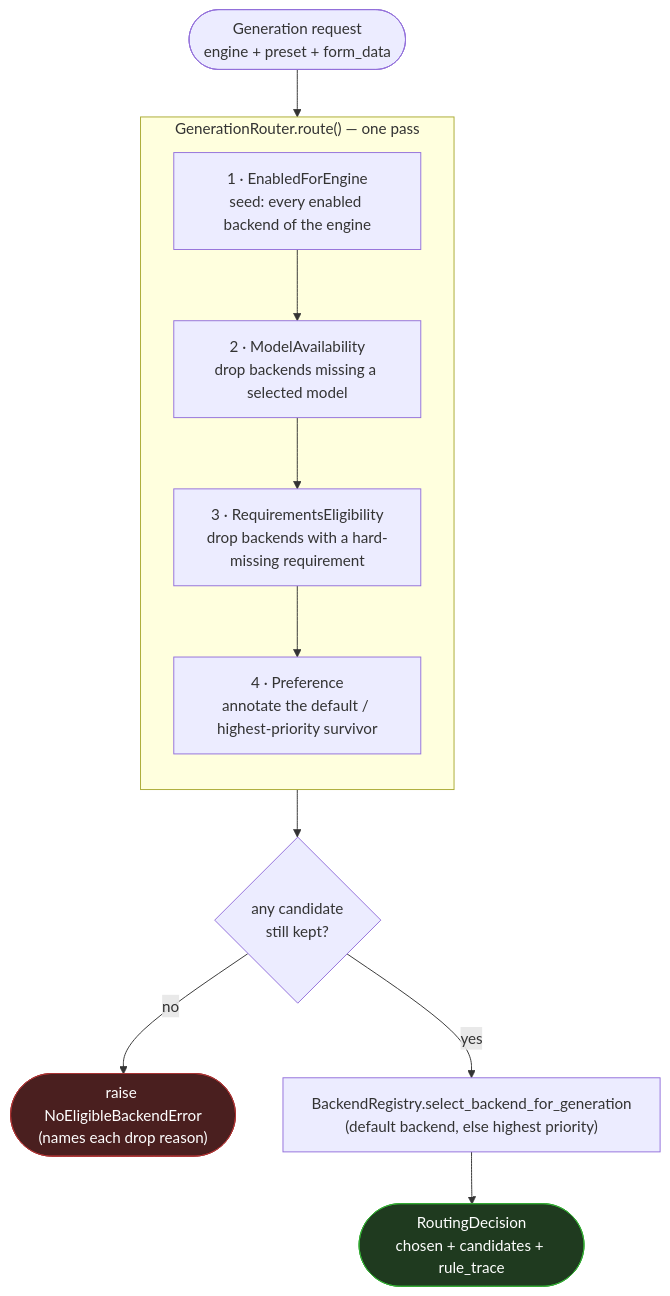
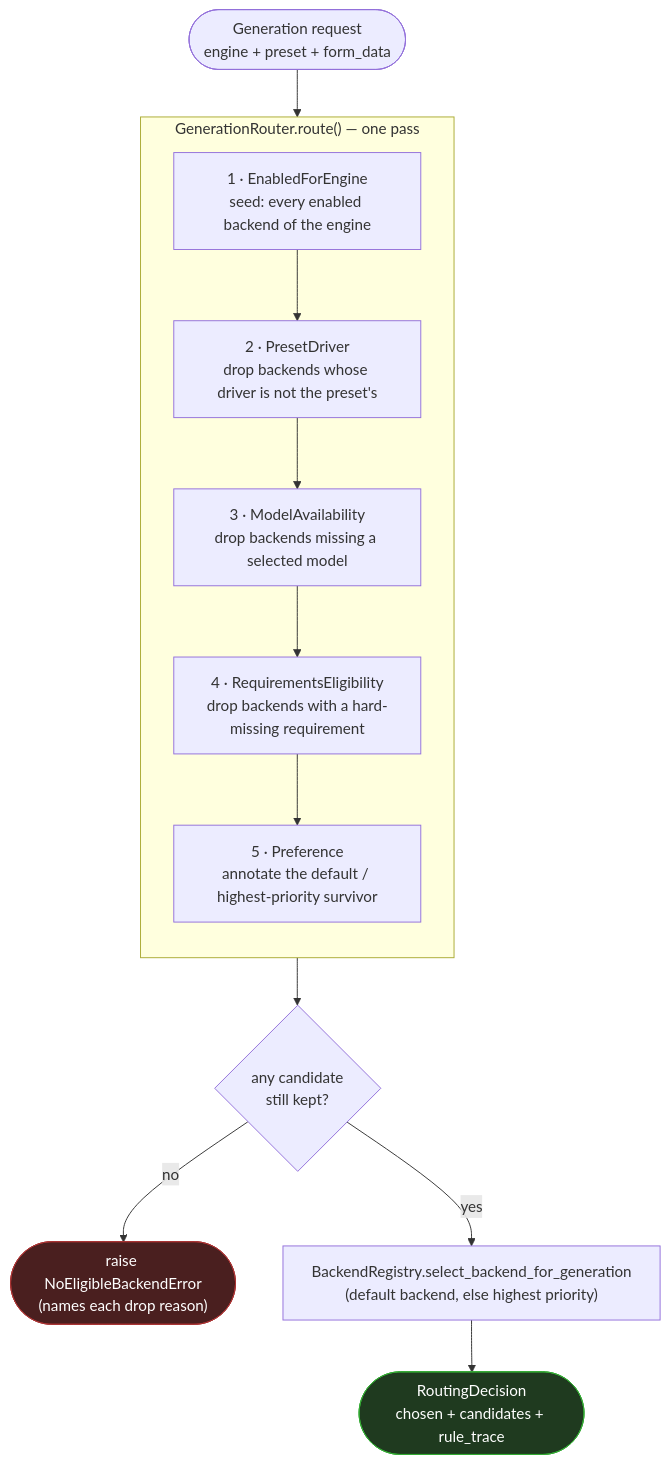
One commit to PotionUI/PotionUI changed the first of 2 diagrams in docs/generation-routing.md. Above: the diagram before and after it, drawn with Mermaid. The commit also changed other lines of this file and 24 other files, not shown here.

````diff
--- a/docs/generation-routing.md
+++ b/docs/generation-routing.md
@@ -28,21 +28,22 @@
 ```mermaid
 flowchart TD
     Start(["Generation request\nengine + preset + form_data"]) --> Seed
 
     subgraph Chain["GenerationRouter.route() — one pass"]
         direction TB
         Seed["1 · EnabledForEngine\nseed: every enabled backend of the engine"]
-        Avail["2 · ModelAvailability\ndrop backends missing a selected model"]
-        Req["3 · RequirementsEligibility\ndrop backends with a hard-missing requirement"]
-        Pref["4 · Preference\nannotate the default / highest-priority survivor"]
-        Seed --> Avail --> Req --> Pref
+        Drv["2 · PresetDriver\ndrop backends whose driver is not the preset's"]
+        Avail["3 · ModelAvailability\ndrop backends missing a selected model"]
+        Req["4 · RequirementsEligibility\ndrop backends with a hard-missing requirement"]
+        Pref["5 · Preference\nannotate the default / highest-priority survivor"]
+        Seed --> Drv --> Avail --> Req --> Pref
     end
 
     Pref --> AnyLeft{"any candidate\nstill kept?"}
     AnyLeft -- "no" --> Fail(["raise NoEligibleBackendError\n(names each drop reason)"])
     AnyLeft -- "yes" --> Pick["BackendRegistry.select_backend_for_generation\n(default backend, else highest priority)"]
     Pick --> Decision(["RoutingDecision\nchosen + candidates + rule_trace"])
 
     style Fail fill:#4a1f1f,stroke:#a33,color:#fff
     style Decision fill:#1f3a1f,stroke:#3a3,color:#fff
 ```
````
